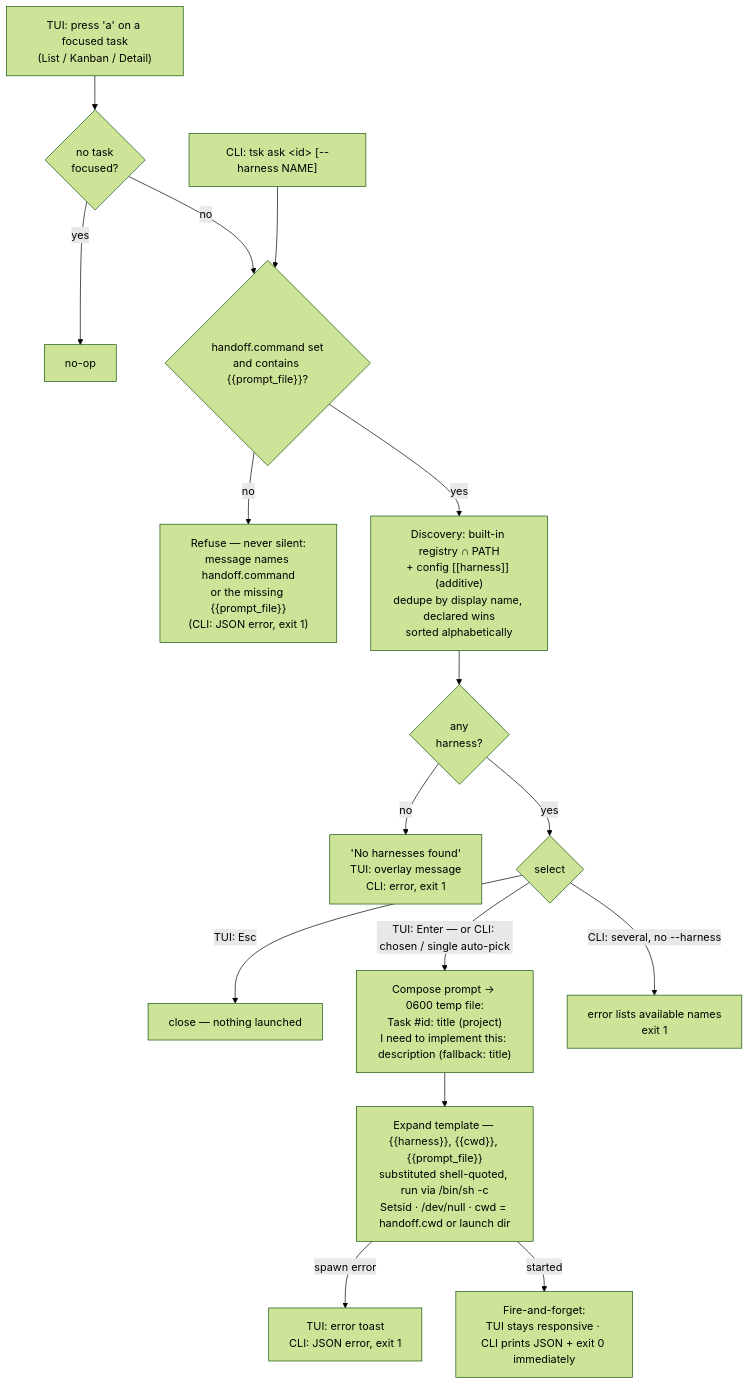
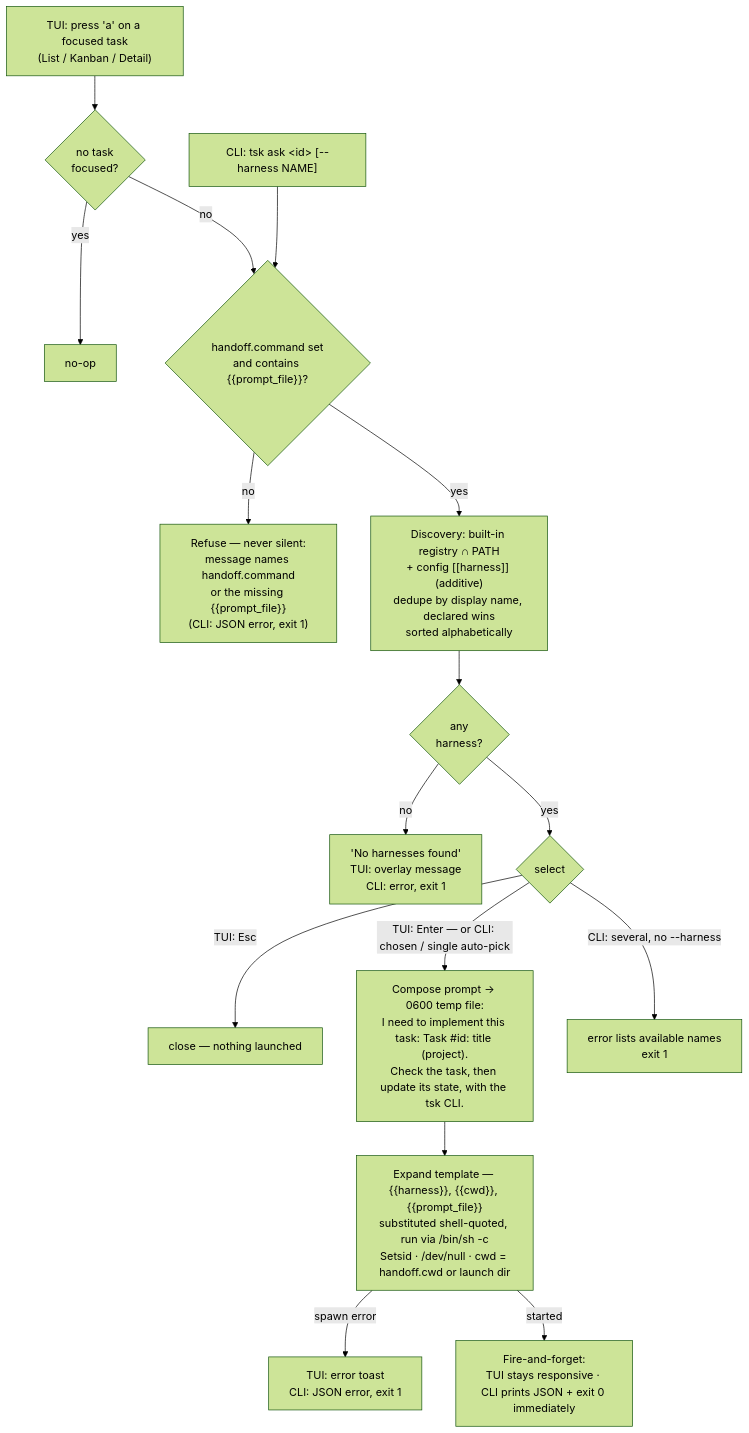
One commit to Sovengar/tsk changed the diagram in docs/planning/0001-feature-ask-ai-handoff/diagrams/feature-flow.md. Above: the diagram before and after it, drawn with Mermaid (forest theme). The commit also changed 8 other files, not shown here.

````diff
--- a/docs/planning/0001-feature-ask-ai-handoff/diagrams/feature-flow.md
+++ b/docs/planning/0001-feature-ask-ai-handoff/diagrams/feature-flow.md
@@ -7,24 +7,24 @@
 ```mermaid
 flowchart TD
     E1["TUI: press 'a' on a focused task<br/>(List / Kanban / Detail)"] --> NF{"no task<br/>focused?"}
     NF -->|yes| NOOP["no-op"]
     NF -->|no| GUARD
     E2["CLI: tsk ask &lt;id&gt; [--harness NAME]"] --> GUARD
 
     GUARD{"handoff.command set<br/>and contains {{prompt_file}}?"}
     GUARD -->|no| REFUSE["Refuse — never silent:<br/>message names handoff.command<br/>or the missing {{prompt_file}}<br/>(CLI: JSON error, exit 1)"]
     GUARD -->|yes| DISCOVER
 
     DISCOVER["Discovery: built-in registry &cap; PATH<br/>+ config [[harness]] (additive)<br/>dedupe by display name, declared wins<br/>sorted alphabetically"] --> ANY{"any<br/>harness?"}
     ANY -->|no| NONE["'No harnesses found'<br/>TUI: overlay message<br/>CLI: error, exit 1"]
     ANY -->|yes| SEL{"select"}
 
     SEL -->|"TUI: Esc"| CANCEL["close — nothing launched"]
     SEL -->|"TUI: Enter — or CLI: chosen / single auto-pick"| COMPOSE
     SEL -->|"CLI: several, no --harness"| AMBIG["error lists available names<br/>exit 1"]
 
-    COMPOSE["Compose prompt &rarr; 0600 temp file:<br/>Task #id: title (project)<br/>I need to implement this: description (fallback: title)"]
+    COMPOSE["Compose prompt &rarr; 0600 temp file:<br/>I need to implement this task: Task #id: title (project).<br/>Check the task, then update its state, with the tsk CLI."]
     COMPOSE --> EXEC["Expand template — {{harness}}, {{cwd}}, {{prompt_file}}<br/>substituted shell-quoted, run via /bin/sh -c<br/>Setsid &middot; /dev/null &middot; cwd = handoff.cwd or launch dir"]
     EXEC -->|"spawn error"| ERR["TUI: error toast<br/>CLI: JSON error, exit 1"]
     EXEC -->|"started"| DONE["Fire-and-forget:<br/>TUI stays responsive &middot; CLI prints JSON + exit 0 immediately"]
 ```
````
